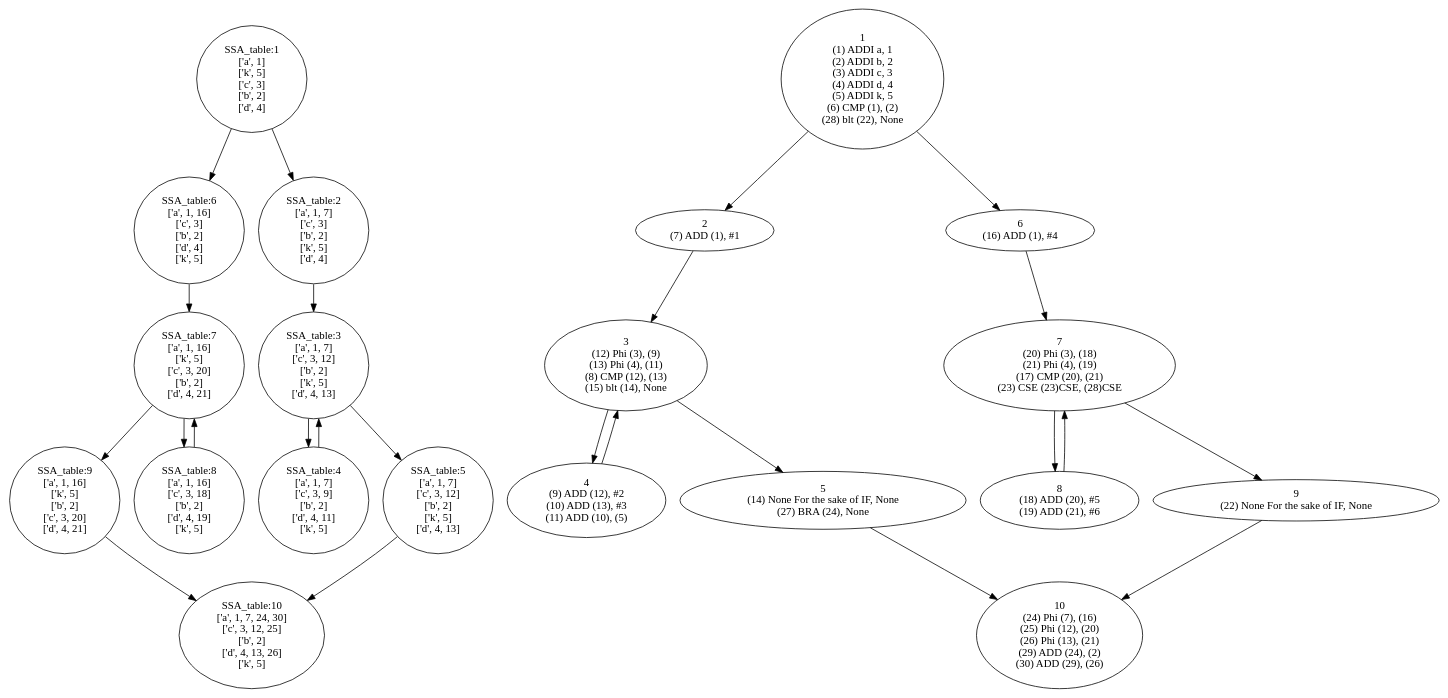
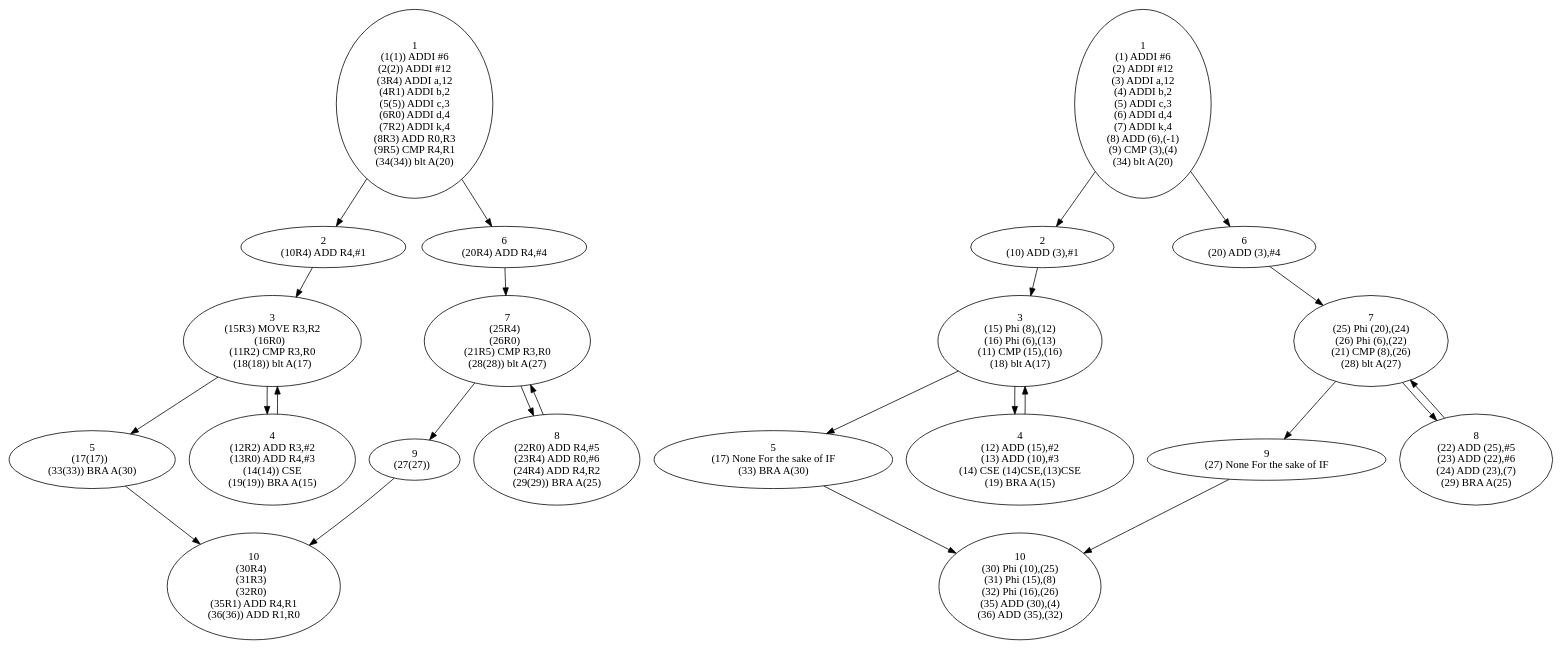
Before and after one commit to amatii/compiler: the diagram in grid.dot, drawn with Graphviz. The commit also changed 8 other files, not shown here.

Commit message:
fixed the CSE bug. added assigning register to SSA variables and emiting the code. added the MOVE in the case of Phi.

```diff
--- a/grid.dot
+++ b/grid.dot
@@ -1,46 +1,46 @@
 strict digraph  {
-11 [label="SSA_table:1\n['a', 1]\n['k', 5]\n['c', 3]\n['b', 2]\n['d', 4]"];
-1 [label="1\n(1) ADDI a, 1\n(2) ADDI b, 2\n(3) ADDI c, 3\n(4) ADDI d, 4\n(5) ADDI k, 5\n(6) CMP (1), (2)\n(28) blt (22), None"];
-2 [label="2\n(7) ADD (1), #1"];
-3 [label="3\n(12) Phi (3), (9)\n(13) Phi (4), (11)\n(8) CMP (12), (13)\n(15) blt (14), None"];
-4 [label="4\n(9) ADD (12), #2\n(10) ADD (13), #3\n(11) ADD (10), (5)"];
-5 [label="5\n(14) None For the sake of IF, None\n(27) BRA (24), None"];
-6 [label="6\n(16) ADD (1), #4"];
-7 [label="7\n(20) Phi (3), (18)\n(21) Phi (4), (19)\n(17) CMP (20), (21)\n(23) CSE (23)CSE, (28)CSE"];
-8 [label="8\n(18) ADD (20), #5\n(19) ADD (21), #6"];
-9 [label="9\n(22) None For the sake of IF, None"];
-10 [label="10\n(24) Phi (7), (16)\n(25) Phi (12), (20)\n(26) Phi (13), (21)\n(29) ADD (24), (2)\n(30) ADD (29), (26)"];
-51 [label="SSA_table:5\n['a', 1, 7]\n['c', 3, 12]\n['b', 2]\n['k', 5]\n['d', 4, 13]"];
-41 [label="SSA_table:4\n['a', 1, 7]\n['c', 3, 9]\n['b', 2]\n['d', 4, 11]\n['k', 5]"];
-61 [label="SSA_table:6\n['a', 1, 16]\n['c', 3]\n['b', 2]\n['d', 4]\n['k', 5]"];
-101 [label="SSA_table:10\n['a', 1, 7, 24, 30]\n['c', 3, 12, 25]\n['b', 2]\n['d', 4, 13, 26]\n['k', 5]"];
-71 [label="SSA_table:7\n['a', 1, 16]\n['k', 5]\n['c', 3, 20]\n['b', 2]\n['d', 4, 21]"];
-91 [label="SSA_table:9\n['a', 1, 16]\n['k', 5]\n['b', 2]\n['c', 3, 20]\n['d', 4, 21]"];
-81 [label="SSA_table:8\n['a', 1, 16]\n['c', 3, 18]\n['b', 2]\n['d', 4, 19]\n['k', 5]"];
-31 [label="SSA_table:3\n['a', 1, 7]\n['c', 3, 12]\n['b', 2]\n['k', 5]\n['d', 4, 13]"];
-21 [label="SSA_table:2\n['a', 1, 7]\n['c', 3]\n['b', 2]\n['k', 5]\n['d', 4]"];
+11 [label="1\n(1(1)) ADDI #6\n(2(2)) ADDI #12\n(3R4) ADDI a,12\n(4R1) ADDI b,2\n(5(5)) ADDI c,3\n(6R0) ADDI d,4\n(7R2) ADDI k,4\n(8R3) ADD R0,R3\n(9R5) CMP R4,R1\n(34(34)) blt A(20)"];
+10 [label="1\n(1) ADDI #6\n(2) ADDI #12\n(3) ADDI a,12\n(4) ADDI b,2\n(5) ADDI c,3\n(6) ADDI d,4\n(7) ADDI k,4\n(8) ADD (6),(-1)\n(9) CMP (3),(4)\n(34) blt A(20)"];
+101 [label="10\n(30R4)  \n(31R3)  \n(32R0)  \n(35R1) ADD R4,R1\n(36(36)) ADD R1,R0"];
+20 [label="2\n(10) ADD (3),#1"];
+21 [label="2\n(10R4) ADD R4,#1"];
+31 [label="3\n(15R3) MOVE R3,R2\n(16R0)  \n(11R2) CMP R3,R0\n(18(18)) blt A(17)"];
+30 [label="3\n(15) Phi (8),(12)\n(16) Phi (6),(13)\n(11) CMP (15),(16)\n(18) blt A(17)"];
+51 [label="5\n(17(17))  \n(33(33)) BRA A(30)"];
+50 [label="5\n(17) None For the sake of IF\n(33) BRA A(30)"];
+40 [label="4\n(12) ADD (15),#2\n(13) ADD (10),#3\n(14) CSE (14)CSE,(13)CSE\n(19) BRA A(15)"];
+41 [label="4\n(12R2) ADD R3,#2\n(13R0) ADD R4,#3\n(14(14)) CSE \n(19(19)) BRA A(15)"];
+60 [label="6\n(20) ADD (3),#4"];
+61 [label="6\n(20R4) ADD R4,#4"];
+71 [label="7\n(25R4)  \n(26R0)  \n(21R5) CMP R3,R0\n(28(28)) blt A(27)"];
+70 [label="7\n(25) Phi (20),(24)\n(26) Phi (6),(22)\n(21) CMP (8),(26)\n(28) blt A(27)"];
+91 [label="9\n(27(27))  "];
+90 [label="9\n(27) None For the sake of IF"];
+80 [label="8\n(22) ADD (25),#5\n(23) ADD (22),#6\n(24) ADD (23),(7)\n(29) BRA A(25)"];
+81 [label="8\n(22R0) ADD R4,#5\n(23R4) ADD R0,#6\n(24R4) ADD R4,R2\n(29(29)) BRA A(25)"];
+100 [label="10\n(30) Phi (10),(25)\n(31) Phi (15),(8)\n(32) Phi (16),(26)\n(35) ADD (30),(4)\n(36) ADD (35),(32)"];
 11 -> 61;
 11 -> 21;
-1 -> 2;
-1 -> 6;
-2 -> 3;
-3 -> 4;
-3 -> 5;
-4 -> 3;
-5 -> 10;
-6 -> 7;
-7 -> 8;
-7 -> 9;
-8 -> 7;
-9 -> 10;
+10 -> 60;
+10 -> 20;
+20 -> 30;
+21 -> 31;
+31 -> 51;
+31 -> 41;
+30 -> 50;
+30 -> 40;
 51 -> 101;
+50 -> 100;
+40 -> 30;
 41 -> 31;
+60 -> 70;
 61 -> 71;
 71 -> 91;
 71 -> 81;
+70 -> 90;
+70 -> 80;
 91 -> 101;
+90 -> 100;
+80 -> 70;
 81 -> 71;
-31 -> 51;
-31 -> 41;
-21 -> 31;
 }
```
